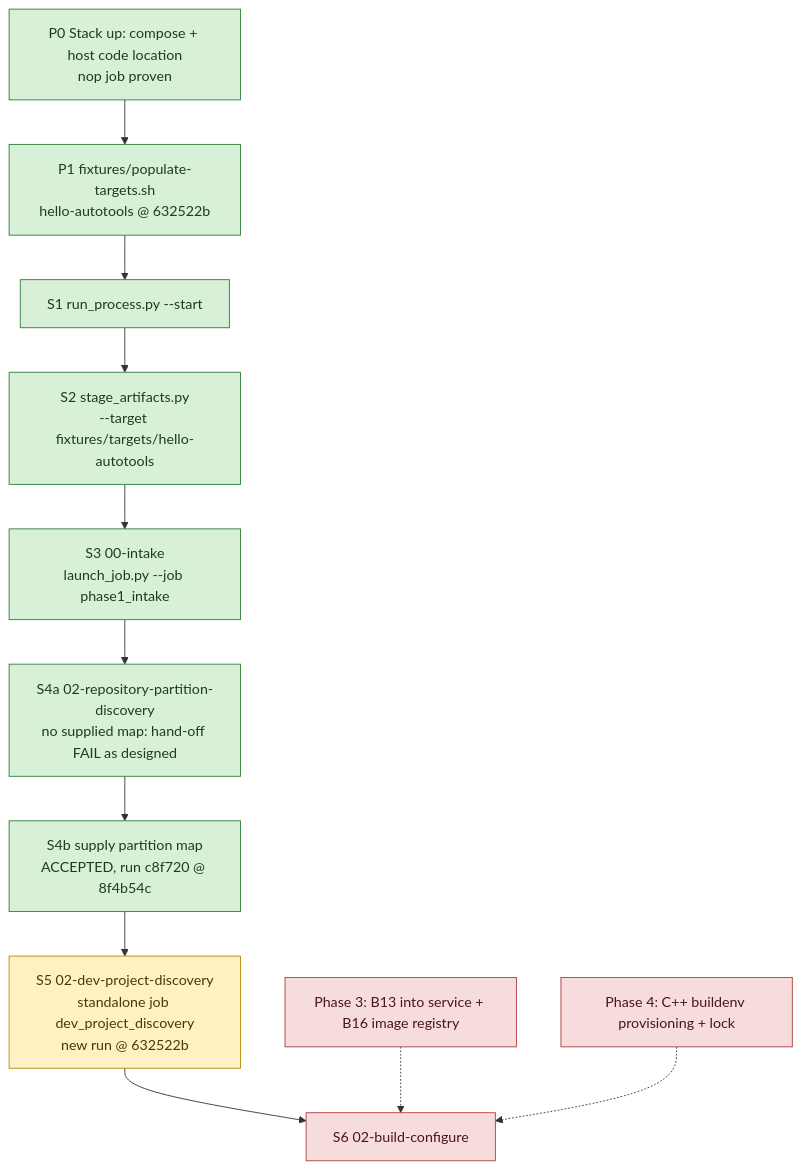
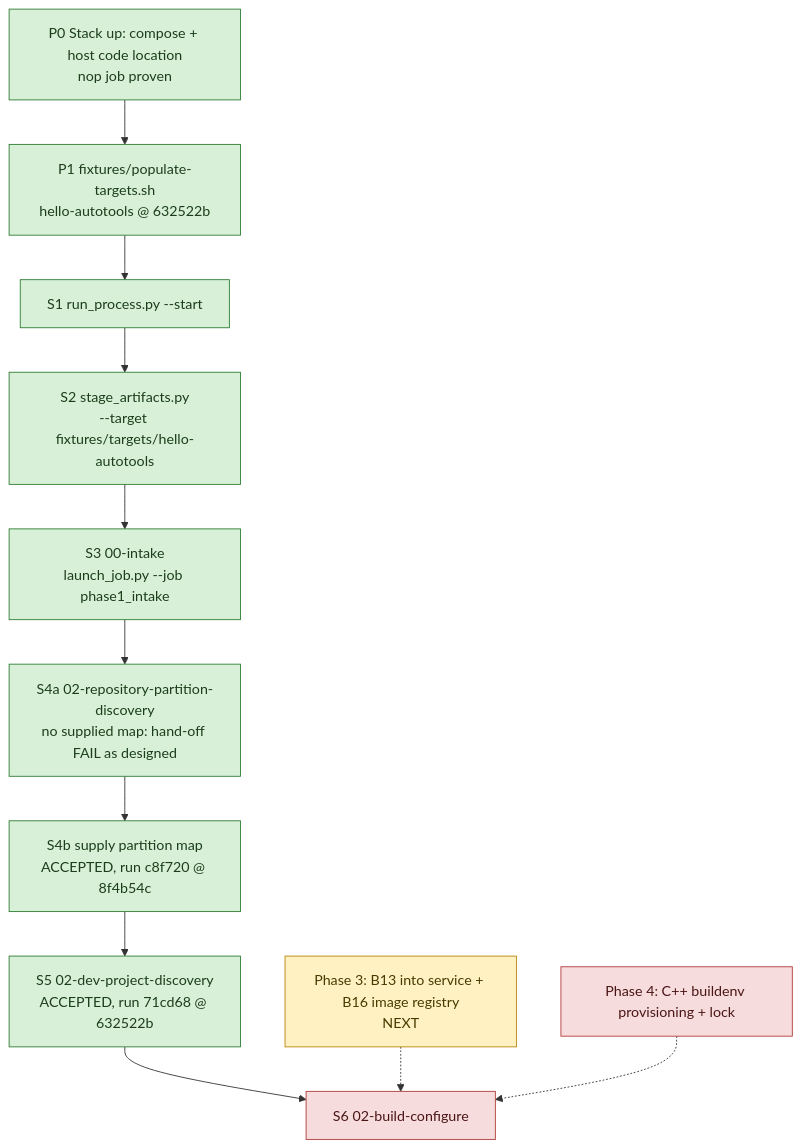
Before and after one commit to wsollers/appsec-review: the diagram in docs/processes/flow-bringup.md, drawn with Mermaid. The commit also changed other lines of this file and 2 other files, not shown here.

First line of the commit message:
Flow bring-up S5: dev project discovery ACCEPTED; code-location.sh reload

````diff
--- a/docs/processes/flow-bringup.md
+++ b/docs/processes/flow-bringup.md
@@ -12,23 +12,23 @@
 ```mermaid
 flowchart TD
   P0["P0 Stack up: compose + host code location<br/>nop job proven"]:::done
   P1["P1 fixtures/populate-targets.sh<br/>hello-autotools @ 632522b"]:::done
   S1["S1 run_process.py --start"]:::done
   S2["S2 stage_artifacts.py<br/>--target fixtures/targets/hello-autotools"]:::done
   S3["S3 00-intake<br/>launch_job.py --job phase1_intake"]:::done
   S4a["S4a 02-repository-partition-discovery<br/>no supplied map: hand-off FAIL as designed"]:::done
   S4b["S4b supply partition map<br/>ACCEPTED, run c8f720 @ 8f4b54c"]:::done
-  S5["S5 02-dev-project-discovery<br/>standalone job dev_project_discovery<br/>new run @ 632522b"]:::next
+  S5["S5 02-dev-project-discovery<br/>ACCEPTED, run 71cd68 @ 632522b"]:::done
   S6["S6 02-build-configure"]:::blocked
-  B13["Phase 3: B13 into service + B16 image registry"]:::blocked
+  B13["Phase 3: B13 into service + B16 image registry<br/>NEXT"]:::next
   BE["Phase 4: C++ buildenv provisioning + lock"]:::blocked
 
   P0 --> P1 --> S1 --> S2 --> S3 --> S4a --> S4b --> S5 --> S6
   B13 -.-> S6
   BE -.-> S6
 
   classDef done fill:#d8f0d8,stroke:#2e7d32,color:#1b3d1b
   classDef next fill:#fff1c2,stroke:#b8860b,color:#4a3a00
   classDef todo fill:#eef1f5,stroke:#6b7a90,color:#2a3240
   classDef blocked fill:#f6dcdc,stroke:#b23b3b,color:#4a1515
 ```
````
